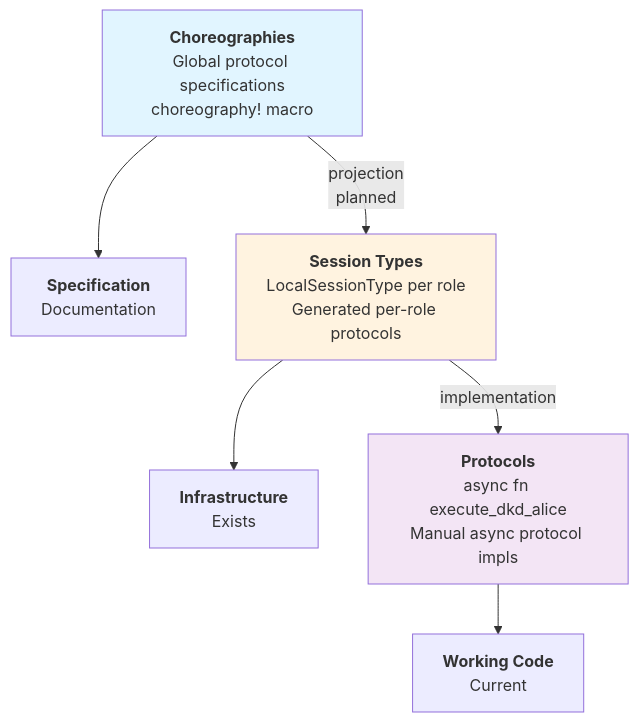
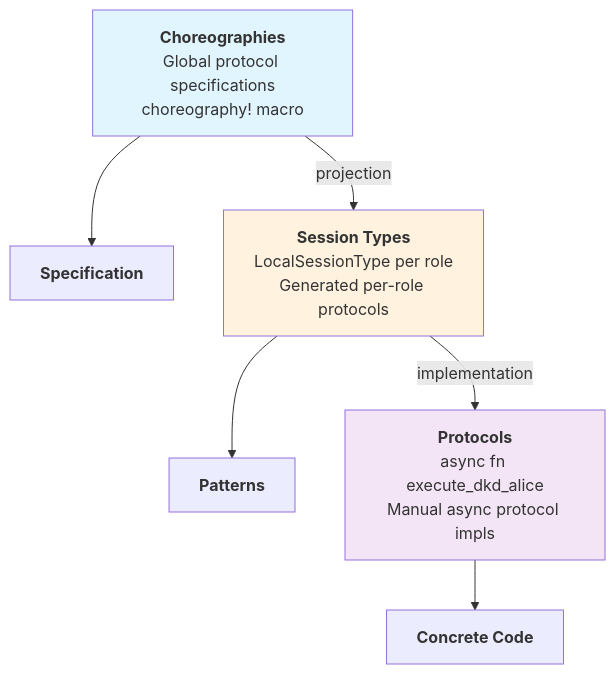
One commit to hxrts/aura changed the third of 4 diagrams in docs/002_system_architecture.md. Above: the diagram before and after it, drawn with Mermaid. The commit also changed other lines of this file and 93 other files, not shown here.

````diff
--- a/docs/002_system_architecture.md
+++ b/docs/002_system_architecture.md
@@ -651,12 +643,12 @@
 ```mermaid
 graph TD
-    A["<b>Choreographies</b><br/>Global protocol specifications<br/>choreography! macro"] --> B["<b>Specification</b><br/>Documentation"]
-    A -->|projection<br/>planned| C["<b>Session Types</b><br/>LocalSessionType per role<br/>Generated per-role protocols"]
-    C --> D["<b>Infrastructure</b><br/>Exists"]
+    A["<b>Choreographies</b><br/>Global protocol specifications<br/>choreography! macro"] --> B["<b>Specification</b>"]
+    A -->|projection| C["<b>Session Types</b><br/>LocalSessionType per role<br/>Generated per-role protocols"]
+    C --> D["<b>Patterns</b>"]
     C -->|implementation| E["<b>Protocols</b><br/>async fn execute_dkd_alice<br/>Manual async protocol impls"]
-    E --> F["<b>Working Code</b><br/>Current"]
+    E --> F["<b>Concrete Code</b>"]
 
     style A fill:#e1f5ff
     style C fill:#fff3e0
     style E fill:#f3e5f5
 ```
````
